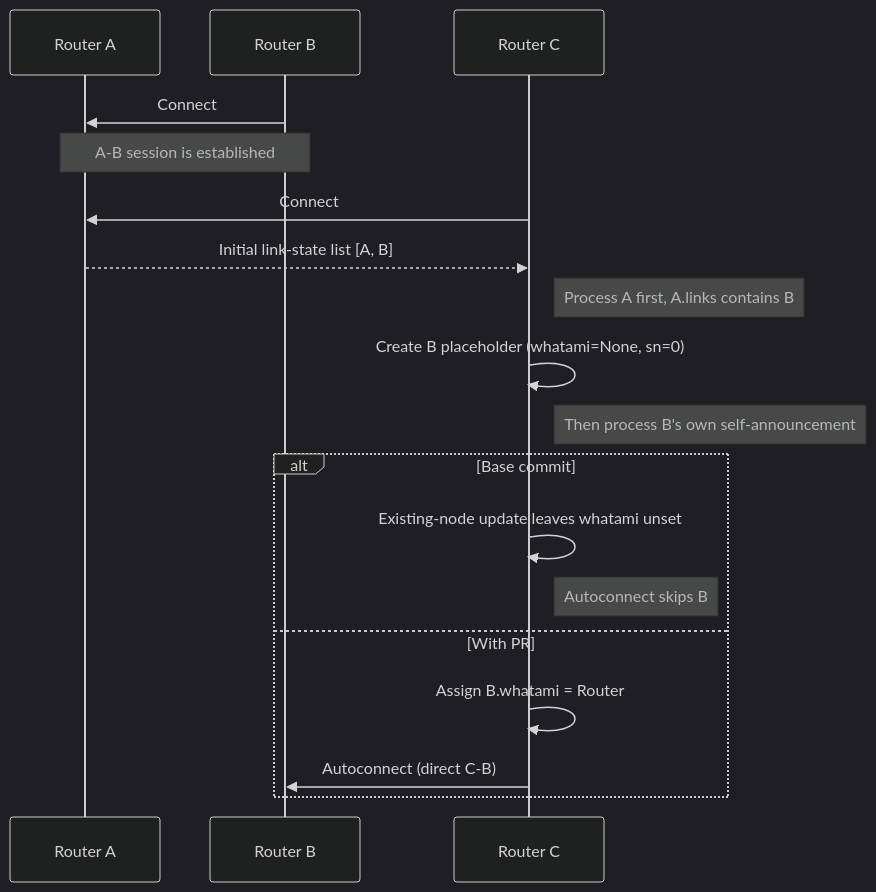
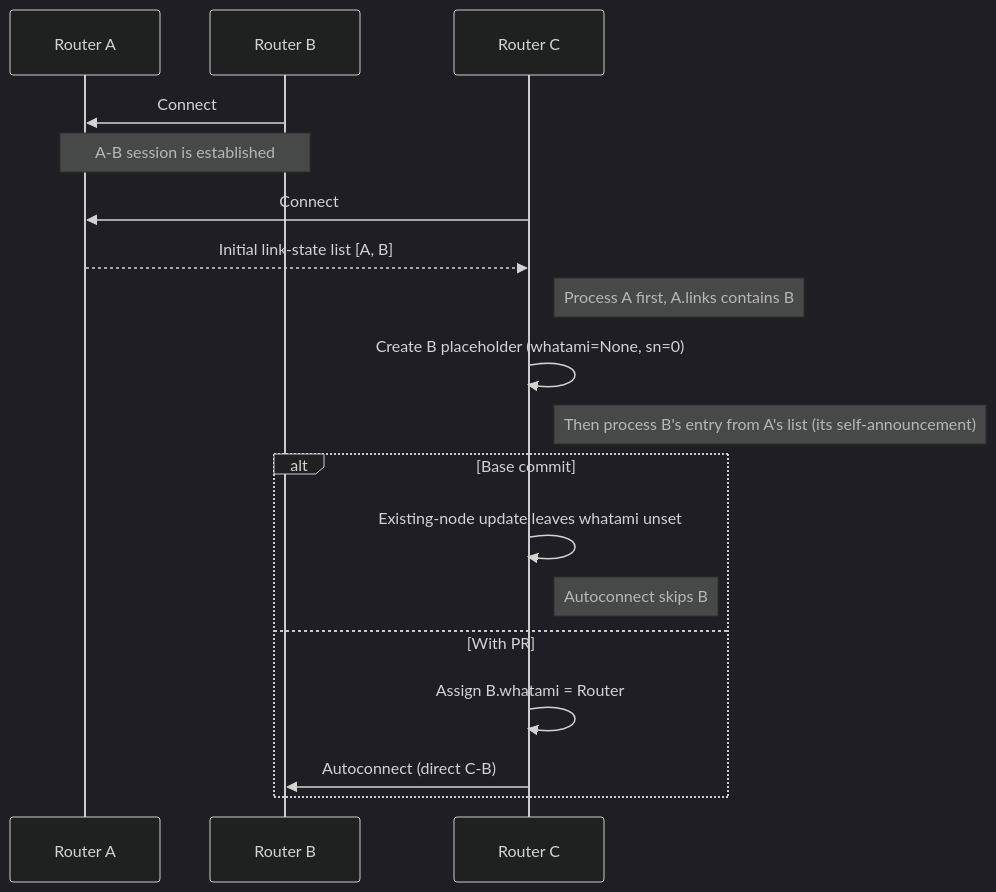
The diagram in README.md (nt4i/zenoh-whatami-gossip-race-repro), drawn with Mermaid (dark theme) before and after one commit.

Commit message:
Clarify relayed B state in diagram

````diff
--- a/README.md
+++ b/README.md
@@ -7,21 +7,21 @@
 ```mermaid
 sequenceDiagram
     participant A as Router A
     participant B as Router B
     participant C as Router C
 
     B->>A: Connect
     Note over A,B: A-B session is established
     C->>A: Connect
     A-->>C: Initial link-state list [A, B]
     Note right of C: Process A first, A.links contains B
     C->>C: Create B placeholder (whatami=None, sn=0)
-    Note right of C: Then process B's own self-announcement
+    Note right of C: Then process B's entry from A's list (its self-announcement)
     alt Base commit
         C->>C: Existing-node update leaves whatami unset
         Note right of C: Autoconnect skips B
     else With PR #2827 change
         C->>C: Assign B.whatami = Router
         C->>B: Autoconnect (direct C-B)
     end
 ```
````
